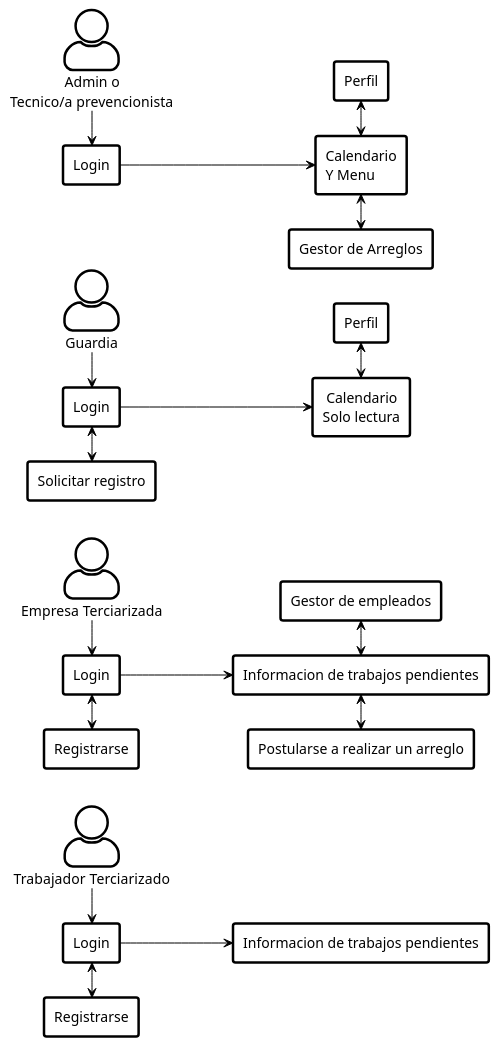
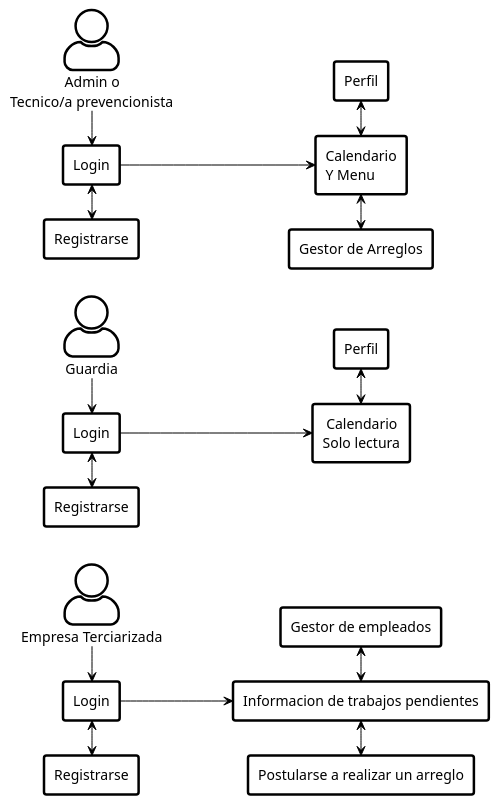
One commit to Arcemist/ProyectoUTU changed the diagram in docs/Casos_de_uso/Diagramas_de_casos_de_uso.puml. Above: the diagram before and after it, drawn with PlantUML. The commit also changed 12 other files, not shown here.

```diff
--- a/docs/Casos_de_uso/Diagramas_de_casos_de_uso.puml
+++ b/docs/Casos_de_uso/Diagramas_de_casos_de_uso.puml
@@ -1,81 +1,73 @@
 @startuml "Diagramas de casos de uso"
 
 skinparam {
 	Backgroundcolor White
 	Linetype Ortho
 	ArrowColor Black
 	Actor {
 		Style Awesome
 		BackgroundColor White
 		FontColor Black
 		BorderColor Black
 		BorderThickness 2.5
 	}
 	Component {
 		Style Rectangle
 		FontColor Black
 		BackgroundColor White
 		BorderColor Black
 		BorderThickness 2.5
 	}
 }
 
 left to right direction
 
 '_____________________________________________________________________________________________________________________
 :Admin o Tecnico prevencionista: as "               Admin o\nTecnico/a prevencionista"
 [Login Admin] as "Login"
 :Admin o Tecnico prevencionista: -r-> [Login Admin]
 
+[Registrarse Admin] as "Registrarse"
+[Login Admin] <-r-> [Registrarse Admin]
+
 [Calendario Admin] as "Calendario\nY Menu"
 [Login Admin] -d-> [Calendario Admin]
 
 [Gestor de arreglos Admin] as "Gestor de Arreglos"
 [Calendario Admin] <-r-> [Gestor de arreglos Admin]
 
 [Perfil Admin] as "Perfil"
 [Calendario Admin] <-l-> [Perfil Admin]
 '_____________________________________________________________________________________________________________________
 :Guardia:
 [Login Guardia] as "Login"
 :Guardia: -r-> [Login Guardia]
 
 [Calendario Guardia] as " Calendario\nSolo lectura"
 [Login Guardia] -d-> [Calendario Guardia]
 
-[Solicitar registro Guardia] as "Solicitar registro"
-[Login Guardia] <-r-> [Solicitar registro Guardia]
+[Registrarse Guardia] as "Registrarse"
+[Login Guardia] <-r-> [Registrarse Guardia]
 
 [Perfil Guardia] as "Perfil"
 [Calendario Guardia] <-l-> [Perfil Guardia]
 '_____________________________________________________________________________________________________________________
 :Empresa Terciarizada:
 [Login Terciarizado E] as "Login"
 :Empresa Terciarizada: -r-> [Login Terciarizado E]
 
 [Registrarse E] as "Registrarse"
 [Login Terciarizado E] <-r-> [Registrarse E]
 
 [Informacion de trabajos pendientes E] as "Informacion de trabajos pendientes"
 [Login Terciarizado E] -d-> [Informacion de trabajos pendientes E]
 
 [Gestor de empleados terciarizados] as "Gestor de empleados"
 [Informacion de trabajos pendientes E] <-l-> [Gestor de empleados terciarizados]
 
 [Postularse a realizar un arreglo]
 [Informacion de trabajos pendientes E] <-r-> [Postularse a realizar un arreglo]
 '_____________________________________________________________________________________________________________________
-:Trabajador Terciarizado:
-[Login Terciarizado T] as "Login"
-:Trabajador Terciarizado: -r-> [Login Terciarizado T]
 
-[Registrarse T] as "Registrarse"
-[Login Terciarizado T] <-r-> [Registrarse T]
-
-[Informacion de trabajos pendientes T] as "Informacion de trabajos pendientes"
-[Login Terciarizado T] -d-> [Informacion de trabajos pendientes T]
-'_____________________________________________________________________________________________________________________
-
-[Registrarse E] -[hidden]r- :Trabajador Terciarizado:
 
 @enduml
```
